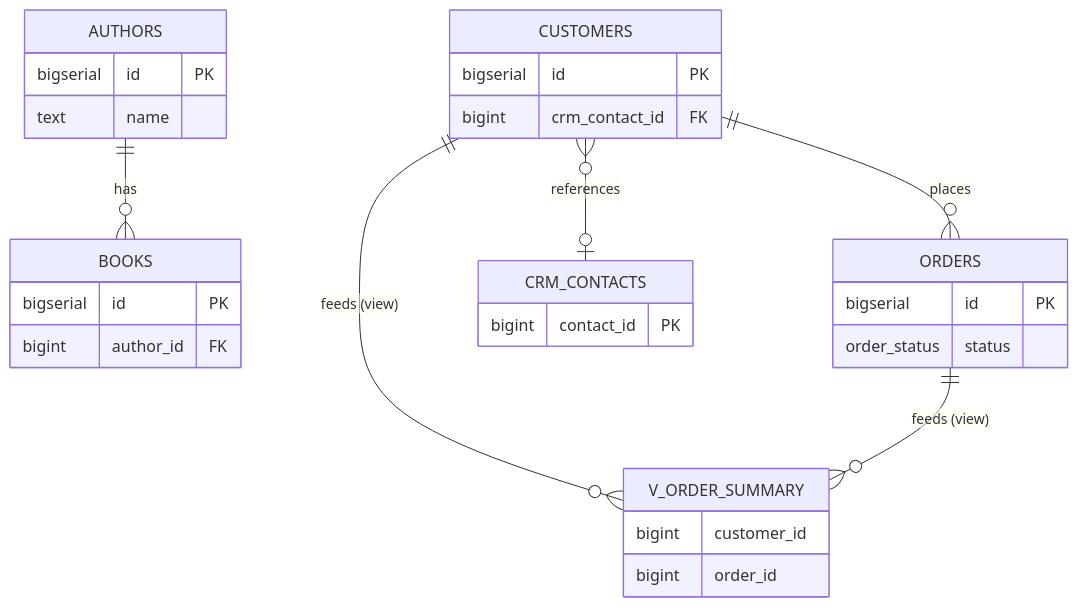
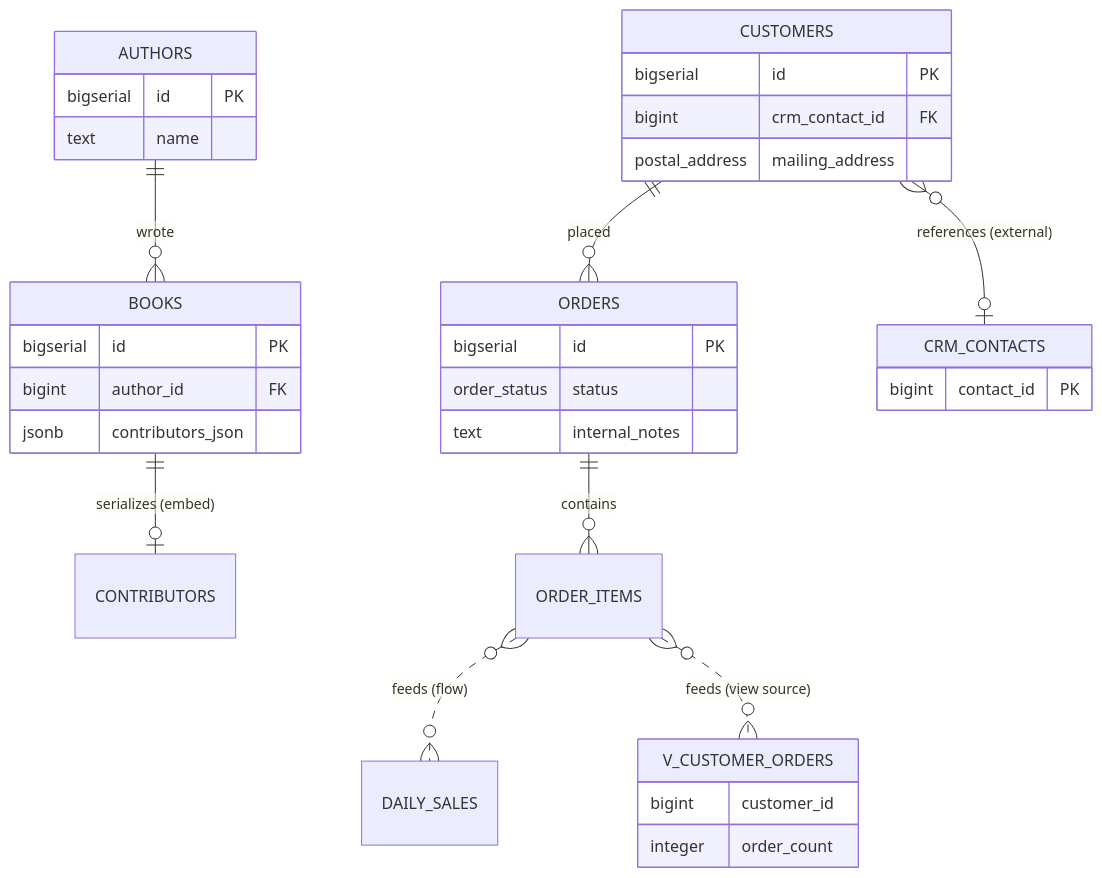
The first of 3 diagrams in docs/walkthroughs/14-export-share-and-save.md (zemarsil/DatabaseVisualizer), drawn with Mermaid before and after one commit. The commit also changed other lines of this file and 43 other files, not shown here.

````diff
--- a/docs/walkthroughs/14-export-share-and-save.md
+++ b/docs/walkthroughs/14-export-share-and-save.md
@@ -47,31 +56,36 @@
 ```mermaid
 erDiagram
-    AUTHORS ||--o{ BOOKS : has
-    CUSTOMERS ||--o{ ORDERS : places
-    CUSTOMERS }o--o| CRM_CONTACTS : references
-    CUSTOMERS ||--o{ V_ORDER_SUMMARY : "feeds (view)"
-    ORDERS ||--o{ V_ORDER_SUMMARY : "feeds (view)"
+    AUTHORS ||--o{ BOOKS : "wrote"
+    BOOKS ||--o| CONTRIBUTORS : "serializes (embed)"
+    CUSTOMERS ||--o{ ORDERS : "placed"
+    CUSTOMERS }o--o| CRM_CONTACTS : "references (external)"
+    ORDERS ||--o{ ORDER_ITEMS : "contains"
+    ORDER_ITEMS }o..o{ DAILY_SALES : "feeds (flow)"
+    ORDER_ITEMS }o..o{ V_CUSTOMER_ORDERS : "feeds (view source)"
     AUTHORS {
         bigserial id PK
         text name
     }
     BOOKS {
         bigserial id PK
         bigint author_id FK
+        jsonb contributors_json
     }
     CUSTOMERS {
         bigserial id PK
         bigint crm_contact_id FK
+        postal_address mailing_address
     }
     ORDERS {
         bigserial id PK
         order_status status
+        text internal_notes
     }
     CRM_CONTACTS {
         bigint contact_id PK
     }
-    V_ORDER_SUMMARY {
+    V_CUSTOMER_ORDERS {
         bigint customer_id
-        bigint order_id
+        integer order_count
     }
 ```
````
